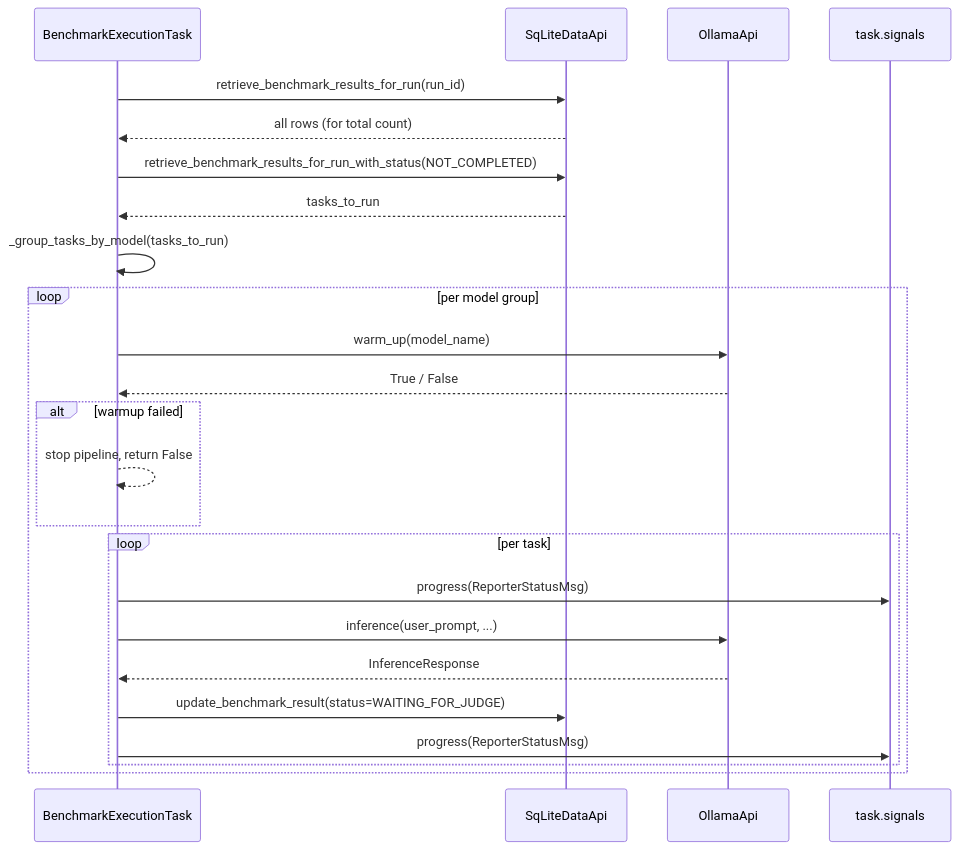
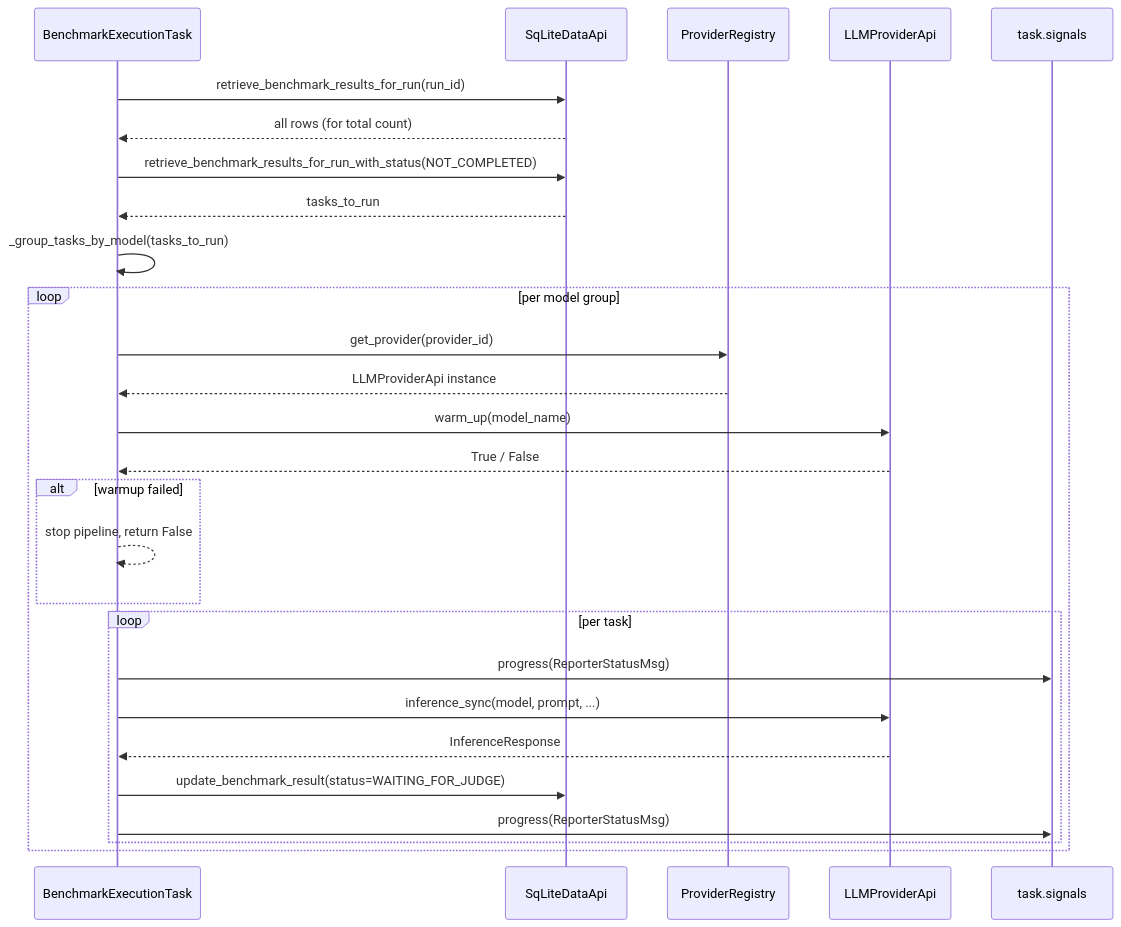
One commit to sanyokkua/ollama_llm_bench changed the second of 2 diagrams in docs/benchmark-pipeline.md. Above: the diagram before and after it, drawn with Mermaid. The commit also changed other lines of this file and 202 other files, not shown here.

````diff
--- a/docs/benchmark-pipeline.md
+++ b/docs/benchmark-pipeline.md
@@ -113,27 +113,30 @@
 ```mermaid
 sequenceDiagram
     participant Task as BenchmarkExecutionTask
     participant DB as SqLiteDataApi
-    participant LLM as OllamaApi
+    participant Registry as ProviderRegistry
+    participant LLM as LLMProviderApi
     participant Sig as task.signals
 
     Task->>DB: retrieve_benchmark_results_for_run(run_id)
     DB-->>Task: all rows (for total count)
     Task->>DB: retrieve_benchmark_results_for_run_with_status(NOT_COMPLETED)
     DB-->>Task: tasks_to_run
     Task->>Task: _group_tasks_by_model(tasks_to_run)
     loop per model group
+        Task->>Registry: get_provider(provider_id)
+        Registry-->>Task: LLMProviderApi instance
         Task->>LLM: warm_up(model_name)
         LLM-->>Task: True / False
         alt warmup failed
             Task-->>Task: stop pipeline, return False
         end
         loop per task
             Task->>Sig: progress(ReporterStatusMsg)
-            Task->>LLM: inference(user_prompt, ...)
+            Task->>LLM: inference_sync(model, prompt, ...)
             LLM-->>Task: InferenceResponse
             Task->>DB: update_benchmark_result(status=WAITING_FOR_JUDGE)
             Task->>Sig: progress(ReporterStatusMsg)
         end
     end
 ```
````
